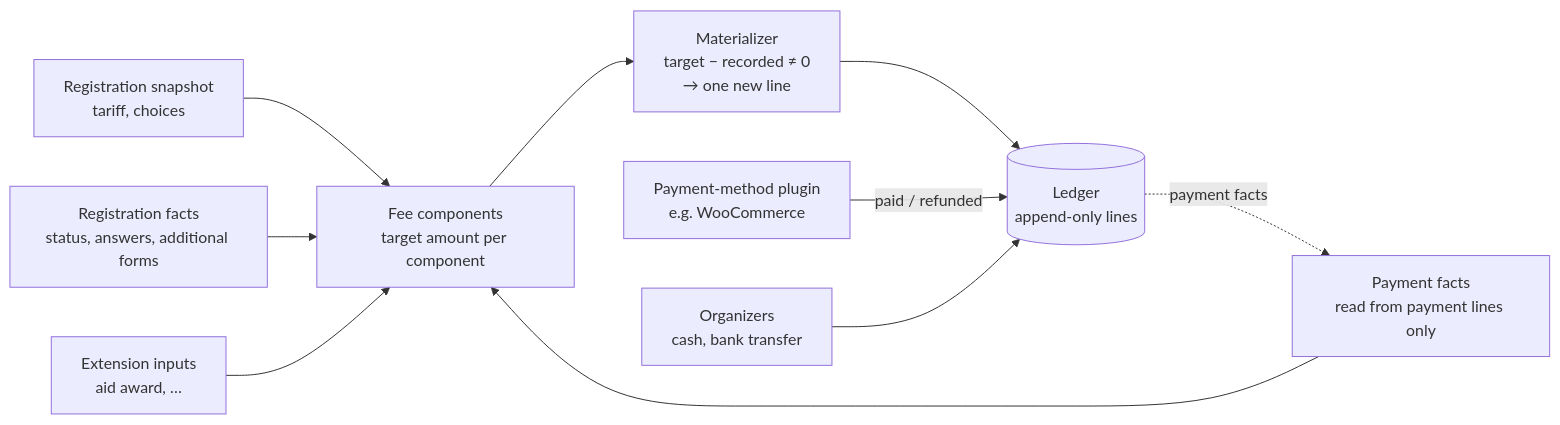
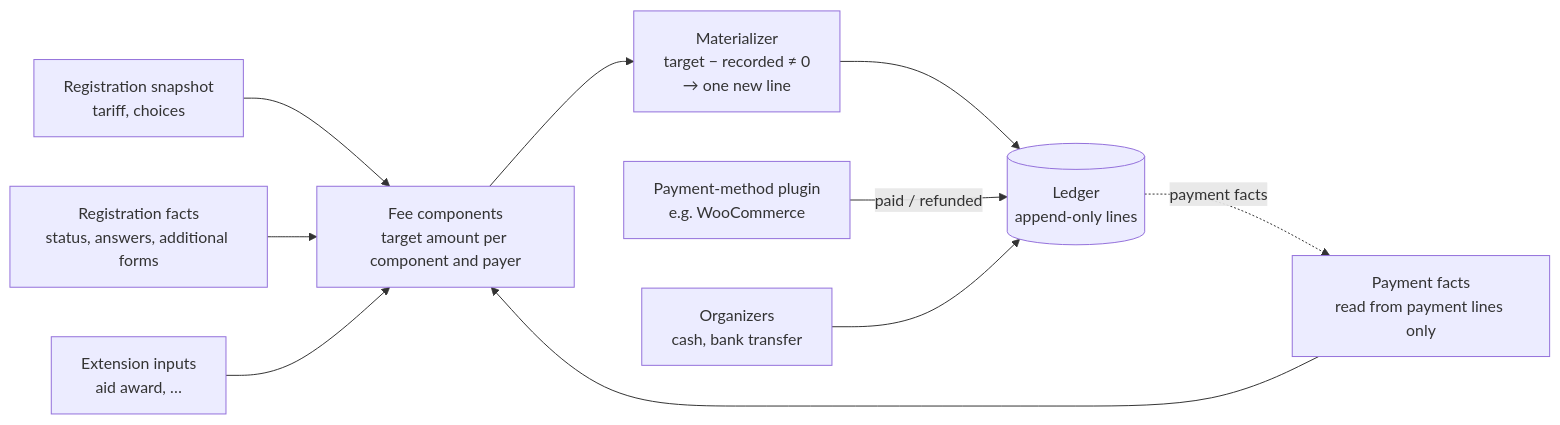
The first of 2 diagrams in docs/architecture/money.md (reformatus/kalaka), drawn with Mermaid before and after one commit. The commit also changed other lines of this file and 7 other files, not shown here.

First line of the commit message:
Architecture: owner decisions from the pilot data review

````diff
--- a/docs/architecture/money.md
+++ b/docs/architecture/money.md
@@ -69,12 +189,12 @@
 ```mermaid
 flowchart LR
   S["Registration snapshot<br/>tariff, choices"] --> R
   F["Registration facts<br/>status, answers, additional forms"] --> R
   X["Extension inputs<br/>aid award, …"] --> R
   PF["Payment facts<br/>read from payment lines only"] --> R
-  R["Fee components<br/>target amount per component"] --> MZ["Materializer<br/>target − recorded ≠ 0<br/>→ one new line"]
+  R["Fee components<br/>target amount per component and payer"] --> MZ["Materializer<br/>target − recorded ≠ 0<br/>→ one new line"]
   MZ --> L[("Ledger<br/>append-only lines")]
   PM["Payment-method plugin<br/>e.g. WooCommerce"] -->|"paid / refunded"| L
   ST["Organizers<br/>cash, bank transfer"] --> L
   L -. "payment facts" .-> PF
 ```
````
